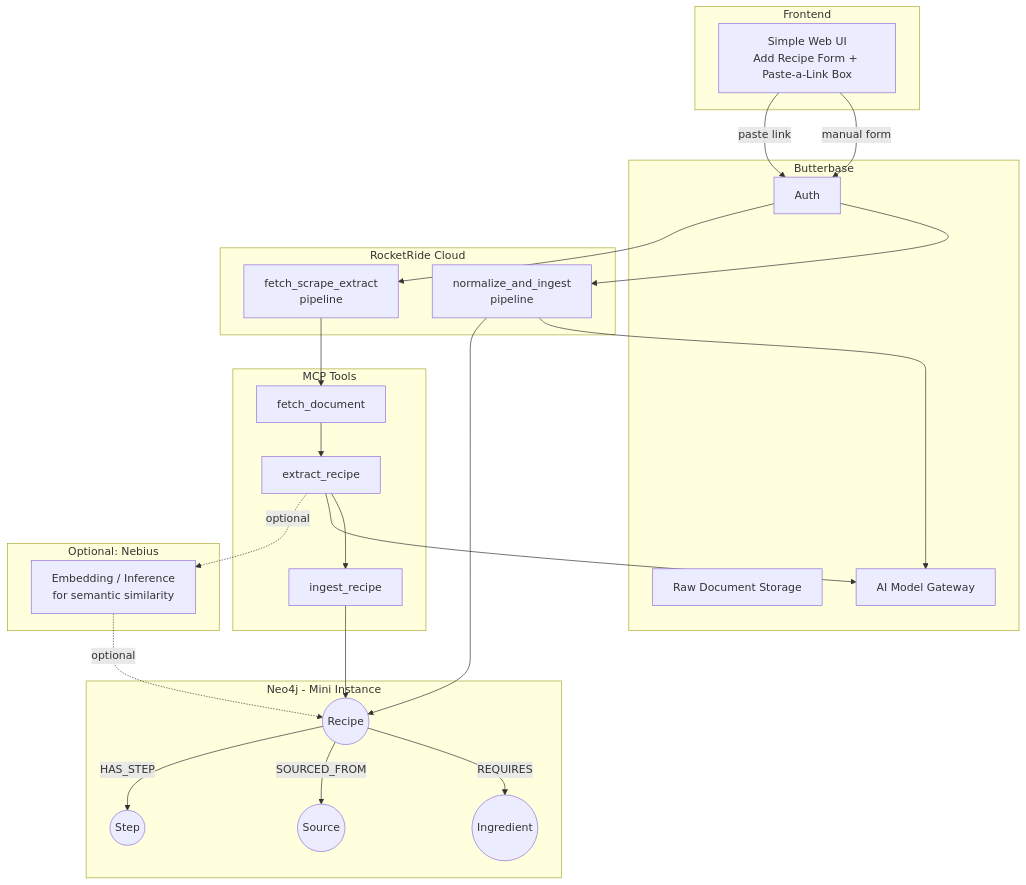
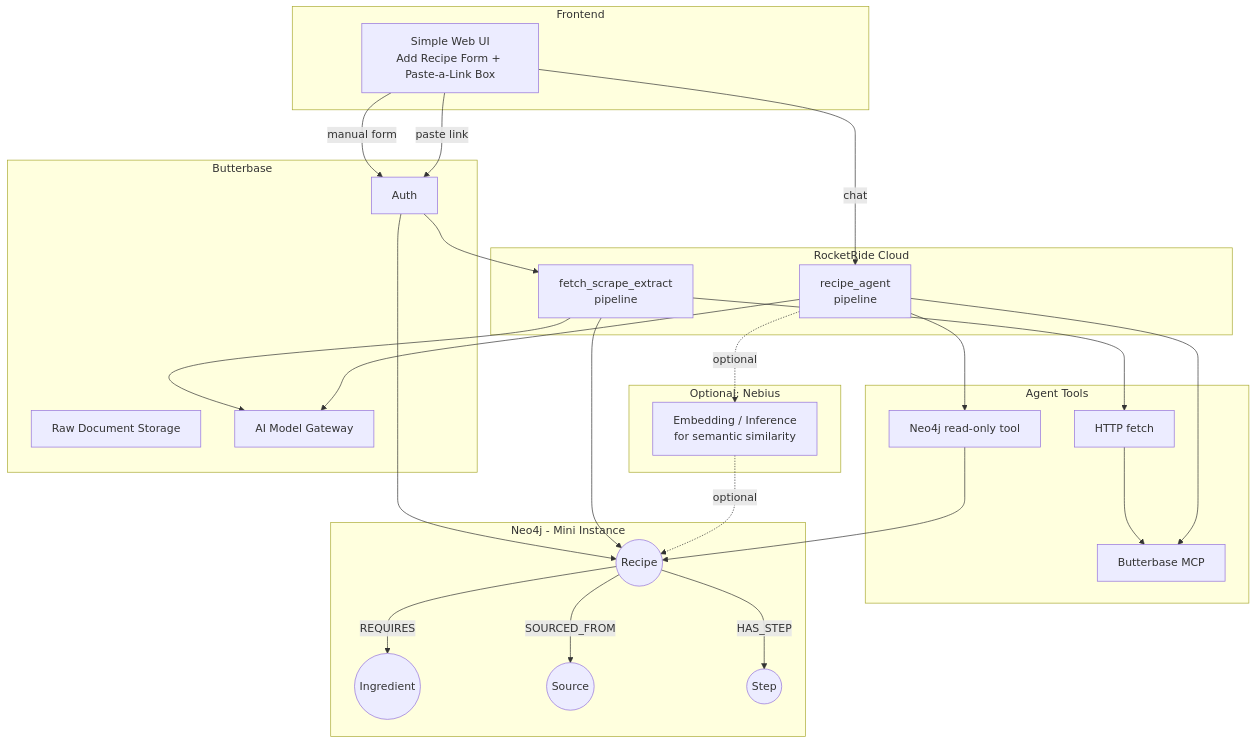
Before and after one commit to HungH206/hackwithbay26prod: the diagram in README.md, drawn with Mermaid. The commit also changed other lines of this file and 26 other files, not shown here.

````diff
--- a/README.md
+++ b/README.md
@@ -21,53 +21,55 @@
 ```mermaid
 flowchart TB
     subgraph Client["Frontend"]
         UI[Simple Web UI<br/>Add Recipe Form + Paste-a-Link Box]
     end
 
     subgraph Backend["Butterbase"]
         Auth[Auth]
         Storage[Raw Document Storage]
         Gateway[AI Model Gateway]
     end
 
     subgraph Pipelines["RocketRide Cloud"]
-        P1[normalize_and_ingest<br/>pipeline]
-        P2[fetch_scrape_extract<br/>pipeline]
+        P1[fetch_scrape_extract<br/>pipeline]
+        P2[recipe_agent<br/>pipeline]
     end
 
-    subgraph MCP["MCP Tools"]
-        T1[fetch_document]
-        T2[extract_recipe]
-        T3[ingest_recipe]
+    subgraph Tools["Agent Tools"]
+        T1[HTTP fetch]
+        T2[Butterbase MCP]
+        T3[Neo4j read-only tool]
     end
 
     subgraph Graph["Neo4j - Mini Instance"]
         N1((Recipe))
         N2((Ingredient))
         N3((Source))
         N4((Step))
     end
 
     subgraph Optional["Optional: Nebius"]
         Nb[Embedding / Inference<br/>for semantic similarity]
     end
 
     UI -->|manual form| Auth
     UI -->|paste link| Auth
+    Auth --> N1
     Auth --> P1
-    Auth --> P2
+    UI -->|chat| P2
 
+    P1 --> T1 --> T2
     P1 --> Gateway
     P1 --> N1
 
-    P2 --> T1 --> T2 --> T3
-    T2 --> Gateway
-    T3 --> N1
+    P2 --> Gateway
+    P2 --> T2
+    P2 --> T3 --> N1
 
     N1 -->|REQUIRES| N2
     N1 -->|SOURCED_FROM| N3
     N1 -->|HAS_STEP| N4
 
-    T2 -.optional.-> Nb
+    P2 -.optional.-> Nb
     Nb -.optional.-> N1
 ```
````
